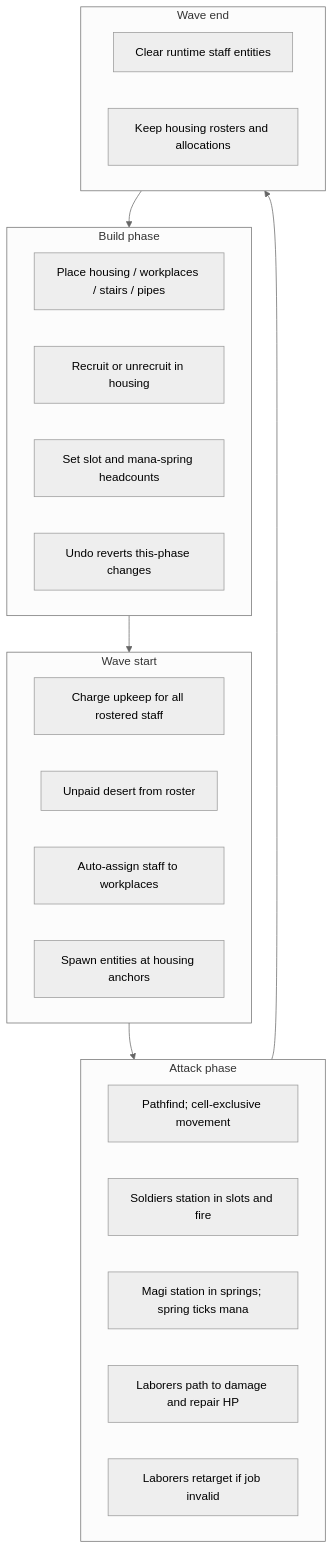
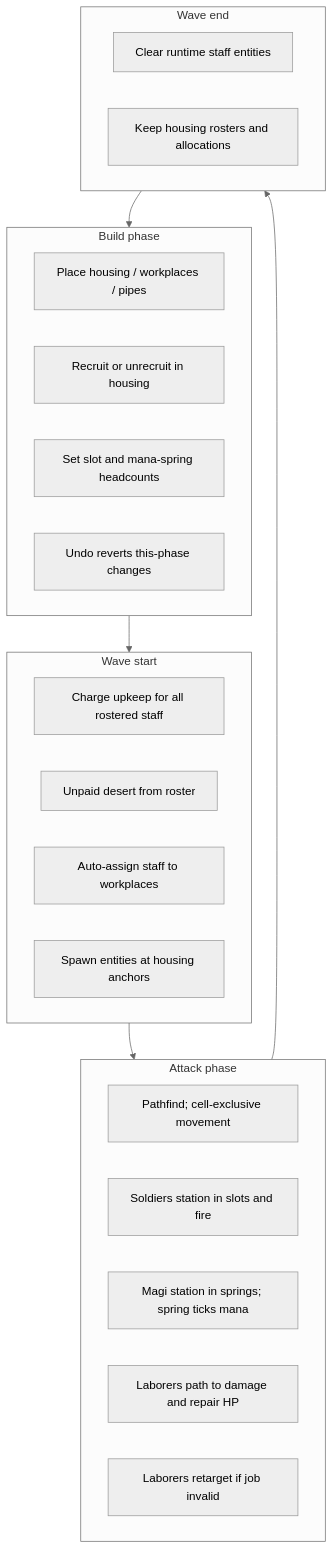
The diagram in docs/HOUSING.md (katerberg/wizard-tower-builder), drawn with Mermaid (neutral theme) before and after one commit. The commit also changed other lines of this file and 25 other files, not shown here.

````diff
--- a/docs/HOUSING.md
+++ b/docs/HOUSING.md
@@ -172,27 +172,27 @@
 ```mermaid
 flowchart TB
   subgraph build [Build phase]
-    Place[Place housing / workplaces / stairs / pipes]
+    Place[Place housing / workplaces / pipes]
     Recruit[Recruit or unrecruit in housing]
     Alloc[Set slot and mana-spring headcounts]
     Undo[Undo reverts this-phase changes]
   end
   subgraph waveStart [Wave start]
     Pay[Charge upkeep for all rostered staff]
     Desert[Unpaid desert from roster]
     Assign[Auto-assign staff to workplaces]
     Spawn[Spawn entities at housing anchors]
   end
   subgraph attack [Attack phase]
     Path[Pathfind; cell-exclusive movement]
     Soldiers[Soldiers station in slots and fire]
     Magi[Magi station in springs; spring ticks mana]
     Labor[Laborers path to damage and repair HP]
     Retarget[Laborers retarget if job invalid]
   end
   subgraph waveEnd [Wave end]
     Clear[Clear runtime staff entities]
     Keep[Keep housing rosters and allocations]
   end
   build --> waveStart --> attack --> waveEnd --> build
 ```
````
